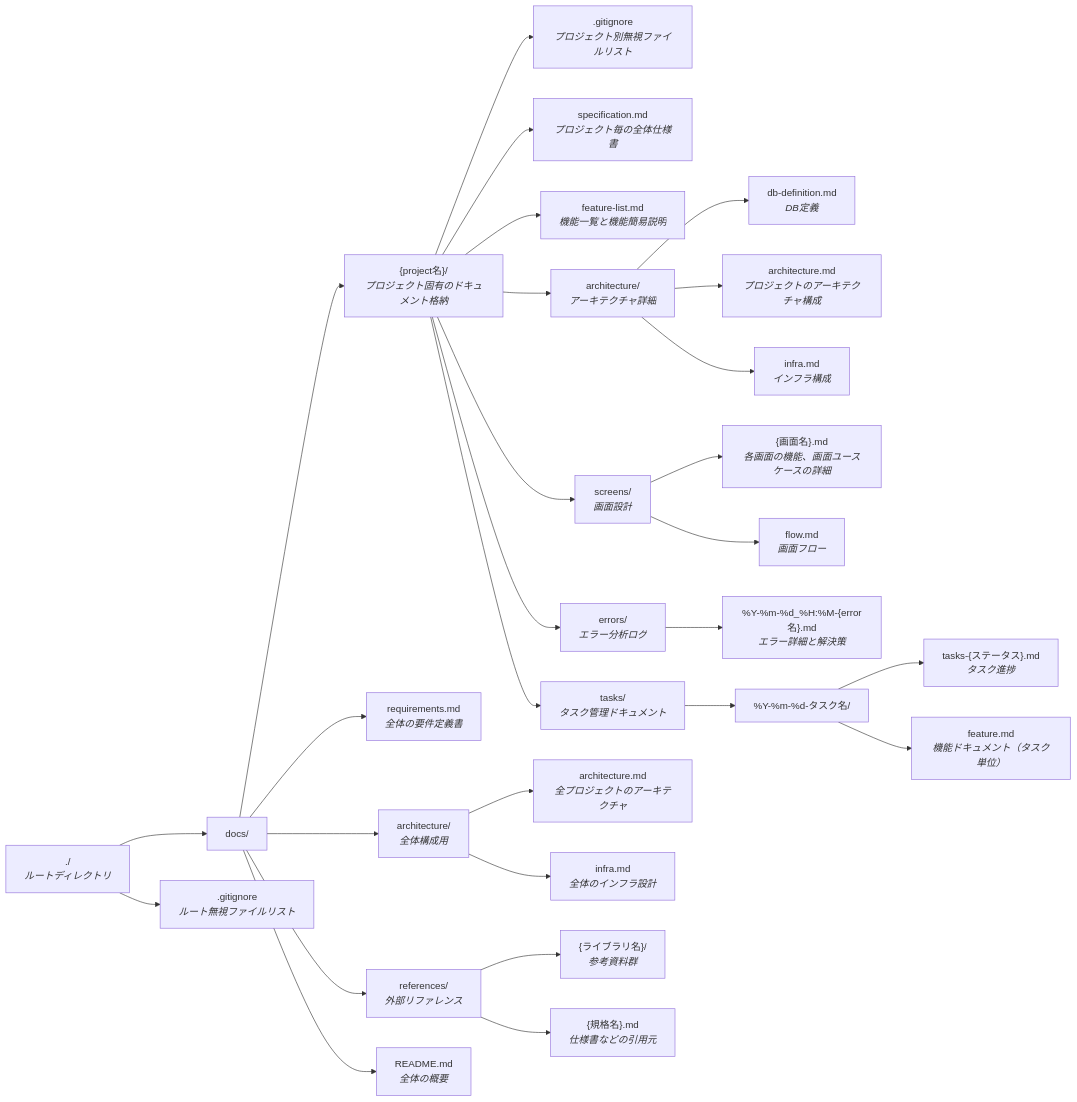
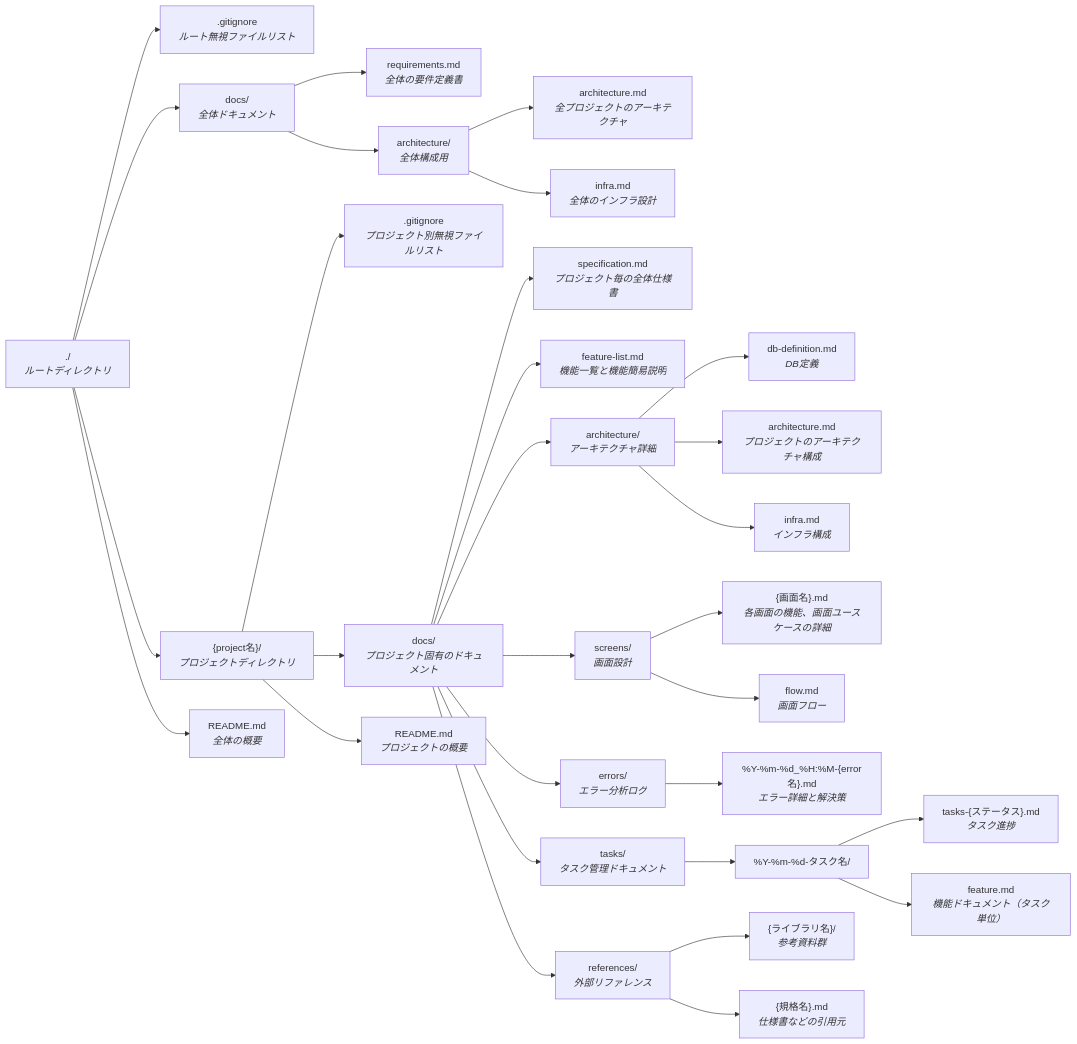
One commit to asamuzak09/roo-code-rules changed the second of 2 diagrams in .roo/rules-initial-design/02-document-list.md. Above: the diagram before and after it, drawn with Mermaid. The commit also changed other lines of this file and 12 other files, not shown here.

````diff
--- a/.roo/rules-initial-design/02-document-list.md
+++ b/.roo/rules-initial-design/02-document-list.md
@@ -11,42 +48,42 @@
 ```mermaid
 graph LR
-  docs_dir["docs/"]
   root_dir["./<br><i>ルートディレクトリ</i>"]
+  root_dir --> file_gitignore_root[".gitignore<br><i>ルート無視ファイルリスト</i>"]
+  root_dir --> docs_dir["docs/<br><i>全体ドキュメント</i>"]
+  root_dir --> project_dir["{project名}/<br><i>プロジェクトディレクトリ</i>"]
+  project_dir --> file_gitignore_project[".gitignore<br><i>プロジェクト別無視ファイルリスト</i>"]
+  project_dir --> project_docs_dir["docs/<br><i>プロジェクト固有のドキュメント</i>"]
 
-  root_dir --> file_gitignore_root[".gitignore<br><i>ルート無視ファイルリスト</i>"]
-  root_dir --> docs_dir
-  project_dir --> file_gitignore_project[".gitignore<br><i>プロジェクト別無視ファイルリスト</i>"]
+  project_docs_dir --> file_specification["specification.md<br><i>プロジェクト毎の全体仕様書</i>"]
+  project_docs_dir --> file_feature_list["feature-list.md<br><i>機能一覧と機能簡易説明</i>"]
 
-  docs_dir --> project_dir["{project名}/<br><i>プロジェクト固有のドキュメント格納</i>"]
-  project_dir --> file_specification["specification.md<br><i>プロジェクト毎の全体仕様書</i>"]
-  project_dir --> file_feature_list["feature-list.md<br><i>機能一覧と機能簡易説明</i>"]
-
-  project_dir --> architecture_dir["architecture/<br><i>アーキテクチャ詳細</i>"]
+  project_docs_dir --> architecture_dir["architecture/<br><i>アーキテクチャ詳細</i>"]
   architecture_dir --> file_db_def["db-definition.md<br><i>DB定義</i>"]
   architecture_dir --> file_arch_detail["architecture.md<br><i>プロジェクトのアーキテクチャ構成</i>"]
   architecture_dir --> file_infra["infra.md<br><i>インフラ構成</i>"]
 
-  project_dir --> screens_dir["screens/<br><i>画面設計</i>"]
+  project_docs_dir --> screens_dir["screens/<br><i>画面設計</i>"]
   screens_dir --> file_screen_md["{画面名}.md<br><i>各画面の機能、画面ユースケースの詳細</i>"]
   screens_dir --> file_flow["flow.md<br><i>画面フロー</i>"]
 
-  project_dir --> errors_dir["errors/<br><i>エラー分析ログ</i>"]
+  project_docs_dir --> errors_dir["errors/<br><i>エラー分析ログ</i>"]
   errors_dir --> file_error_md["%Y-%m-%d_%H:%M-{error名}.md<br><i>エラー詳細と解決策</i>"]
 
-  project_dir --> tasks_dir["tasks/<br><i>タスク管理ドキュメント</i>"]
+  project_docs_dir --> tasks_dir["tasks/<br><i>タスク管理ドキュメント</i>"]
   tasks_dir --> task_entry_dir["%Y-%m-%d-タスク名/"]
   task_entry_dir --> file_task_md["tasks-{ステータス}.md<br><i>タスク進捗</i>"]
   task_entry_dir --> file_task_feature_md["feature.md<br><i>機能ドキュメント（タスク単位）</i>"]
 
   docs_dir --> file_requirements["requirements.md<br><i>全体の要件定義書</i>"]
 
   docs_dir --> arch_root_dir["architecture/<br><i>全体構成用</i>"]
   arch_root_dir --> file_arch_all["architecture.md<br><i>全プロジェクトのアーキテクチャ</i>"]
   arch_root_dir --> file_infra_all["infra.md<br><i>全体のインフラ設計</i>"]
 
-  docs_dir --> references_dir["references/<br><i>外部リファレンス</i>"]
+  project_docs_dir --> references_dir["references/<br><i>外部リファレンス</i>"]
   references_dir --> framework_dir["{ライブラリ名}/<br><i>参考資料群</i>"]
   references_dir --> file_spec_ref["{規格名}.md<br><i>仕様書などの引用元</i>"]
 
-  docs_dir --> file_readme["README.md<br><i>全体の概要</i>"]
+  root_dir --> file_readme["README.md<br><i>全体の概要</i>"]
+  project_dir --> project_file_readme["README.md<br><i>プロジェクトの概要</i>"]
 ```
````
